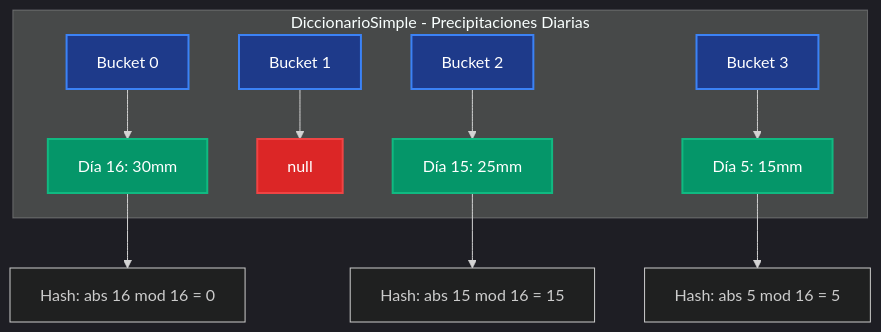
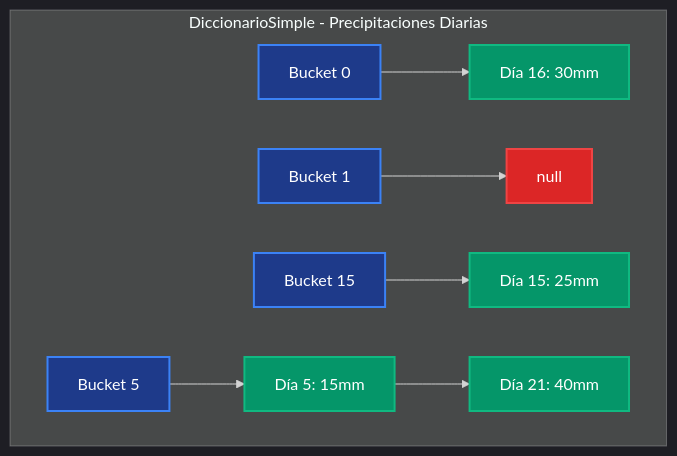
One commit to pybalt/algo2 changed the eighth of 17 diagrams in tp-final/README_IMPLEMENTACIONES.md. Above: the diagram before and after it, drawn with Mermaid. The commit also changed other lines of this file, not shown here.

Commit message:
Revise README_IMPLEMENTACIONES.md to update data structure descriptions, enhance diagram clarity, and improve overall organization. Key changes include restructuring sections on data hierarchies, refining hash table explanations, and optimizing visual elements for better readability.

````diff
--- a/tp-final/README_IMPLEMENTACIONES.md
+++ b/tp-final/README_IMPLEMENTACIONES.md
@@ -190,23 +206,21 @@
 ```mermaid
 %%{init: {'theme':'dark'}}%%
 graph TB
     subgraph "DiccionarioSimple - Precipitaciones Diarias"
-        A[Bucket 0] --> B[Día 16: 30mm]
-        C[Bucket 1] --> D[null]
-        E[Bucket 2] --> F[Día 15: 25mm]
-        G[Bucket 3] --> H[Día 5: 15mm]
+        A["Bucket 0"] --> B["Día 16: 30mm"]
+        C["Bucket 1"] --> D["null"]
+        E["Bucket 15"] --> F["Día 15: 25mm"]
+        G["Bucket 5"] --> H["Día 5: 15mm"]
+        H --> H2["Día 21: 40mm"]
     end
-    
-    B --> I[Hash: abs 16 mod 16 = 0]
-    F --> J[Hash: abs 15 mod 16 = 15]
-    H --> K[Hash: abs 5 mod 16 = 5]
     
     style A fill:#1e3a8a,stroke:#3b82f6,stroke-width:2px,color:#fff
     style C fill:#1e3a8a,stroke:#3b82f6,stroke-width:2px,color:#fff
     style E fill:#1e3a8a,stroke:#3b82f6,stroke-width:2px,color:#fff
     style G fill:#1e3a8a,stroke:#3b82f6,stroke-width:2px,color:#fff
     style B fill:#059669,stroke:#10b981,stroke-width:2px,color:#fff
     style D fill:#dc2626,stroke:#ef4444,stroke-width:2px,color:#fff
     style F fill:#059669,stroke:#10b981,stroke-width:2px,color:#fff
     style H fill:#059669,stroke:#10b981,stroke-width:2px,color:#fff
+    style H2 fill:#059669,stroke:#10b981,stroke-width:2px,color:#fff
 ```
````
